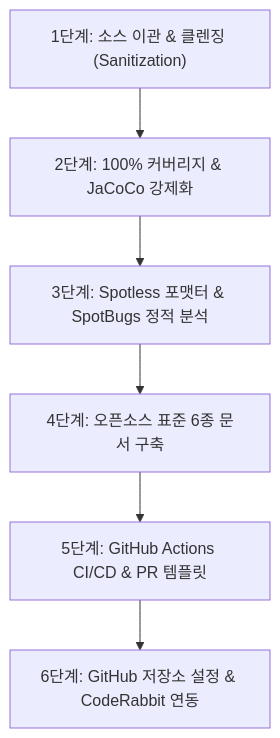
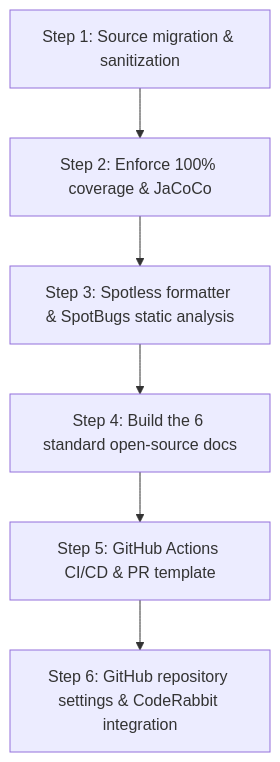
One commit to sweetpark/mybatis-sql-tuner-ai changed the diagram in docs/OPEN_SOURCE_MIGRATION_PLAYBOOK.md. Above: the diagram before and after it, drawn with Mermaid. The commit also changed other lines of this file and 7 other files, not shown here.

````diff
--- a/docs/OPEN_SOURCE_MIGRATION_PLAYBOOK.md
+++ b/docs/OPEN_SOURCE_MIGRATION_PLAYBOOK.md
@@ -10,8 +10,8 @@
 ```mermaid
 flowchart TD
-    S1["1단계: 소스 이관 & 클렌징 (Sanitization)"] --> S2["2단계: 100% 커버리지 & JaCoCo 강제화"]
-    S2 --> S3["3단계: Spotless 포맷터 & SpotBugs 정적 분석"]
-    S3 --> S4["4단계: 오픈소스 표준 6종 문서 구축"]
-    S4 --> S5["5단계: GitHub Actions CI/CD & PR 템플릿"]
-    S5 --> S6["6단계: GitHub 저장소 설정 & CodeRabbit 연동"]
+    S1["Step 1: Source migration & sanitization"] --> S2["Step 2: Enforce 100% coverage & JaCoCo"]
+    S2 --> S3["Step 3: Spotless formatter & SpotBugs static analysis"]
+    S3 --> S4["Step 4: Build the 6 standard open-source docs"]
+    S4 --> S5["Step 5: GitHub Actions CI/CD & PR template"]
+    S5 --> S6["Step 6: GitHub repository settings & CodeRabbit integration"]
 ```
````
